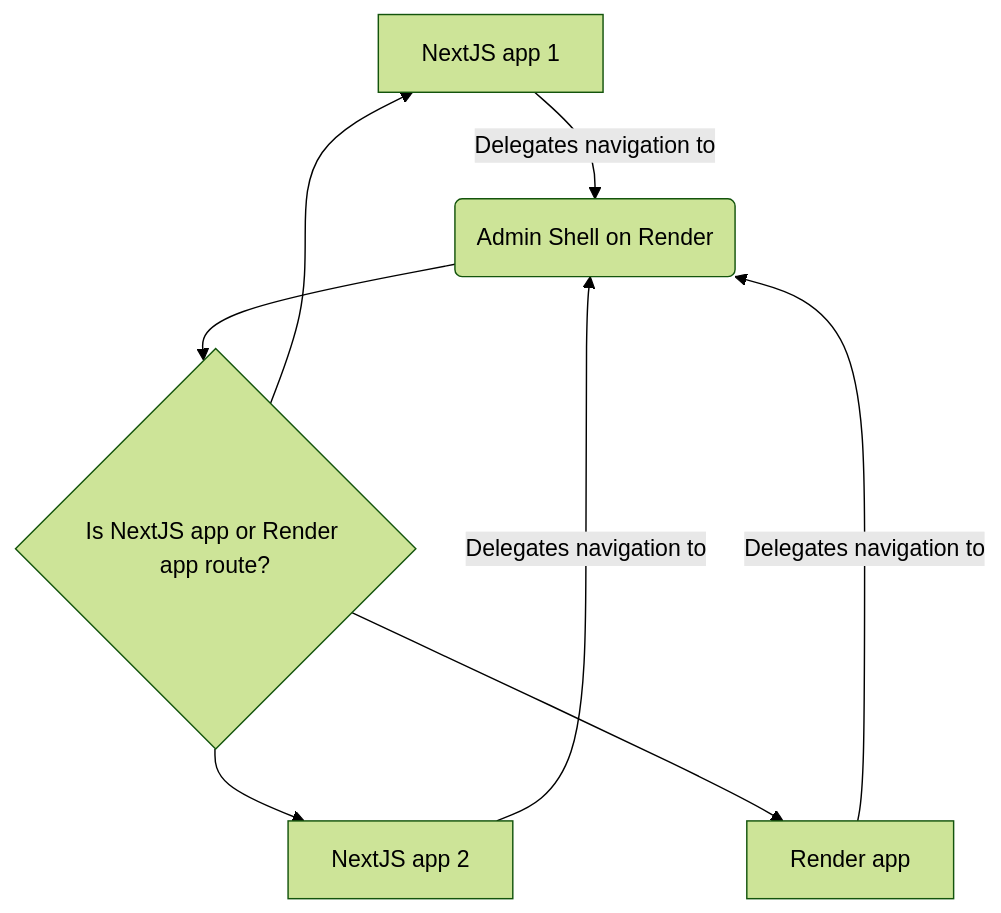
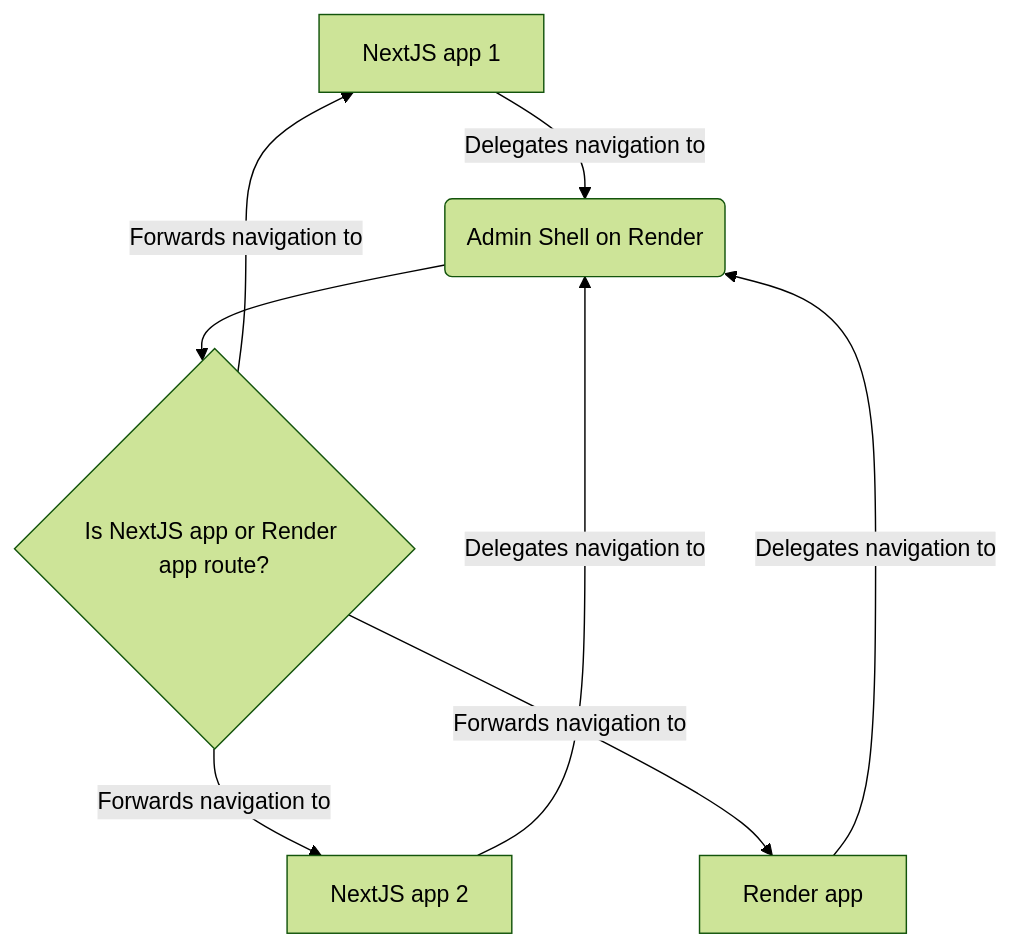
One commit to vtex/shoreline changed the diagram in packages/next-docs/pages/raccoon/navigation.mdx. Above: the diagram before and after it, drawn with Mermaid (forest theme). The commit also changed other lines of this file and 1 other file, not shown here.

Commit message:
docs(raccoon): update navigation docs

````diff
--- a/packages/next-docs/pages/raccoon/navigation.mdx
+++ b/packages/next-docs/pages/raccoon/navigation.mdx
@@ -43,10 +44,10 @@
 ```mermaid
 flowchart TD
     A[NextJS app 1] -->|Delegates navigation to| B(Admin Shell on Render)
     B --> C{Is NextJS app or Render app route?}
-    C -->D[NextJS app 2]
-    C -->A
-    C -->E[Render app]
+    C -->|Forwards navigation to|D[NextJS app 2]
+    C -->|Forwards navigation to|A
+    C -->|Forwards navigation to|E[Render app]
     D -->|Delegates navigation to|B
     E -->|Delegates navigation to|B
 ```
````
